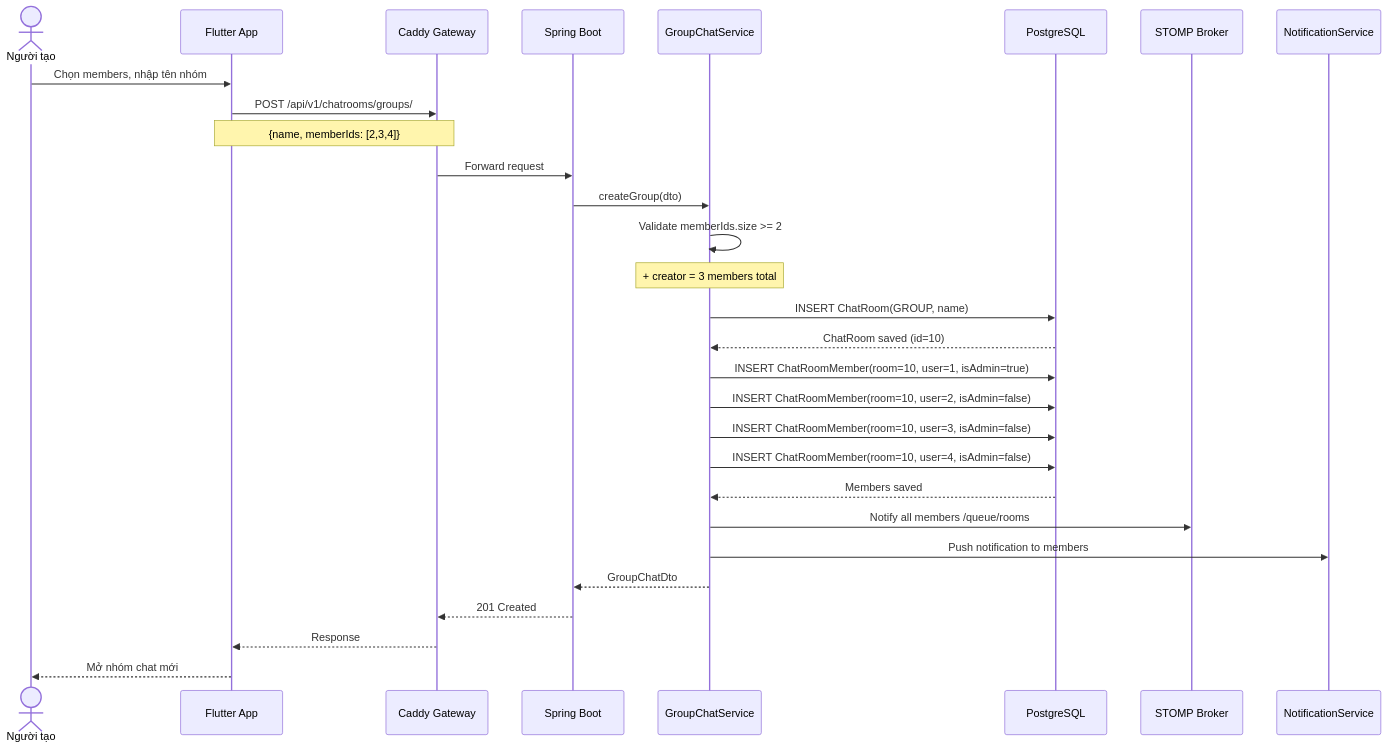
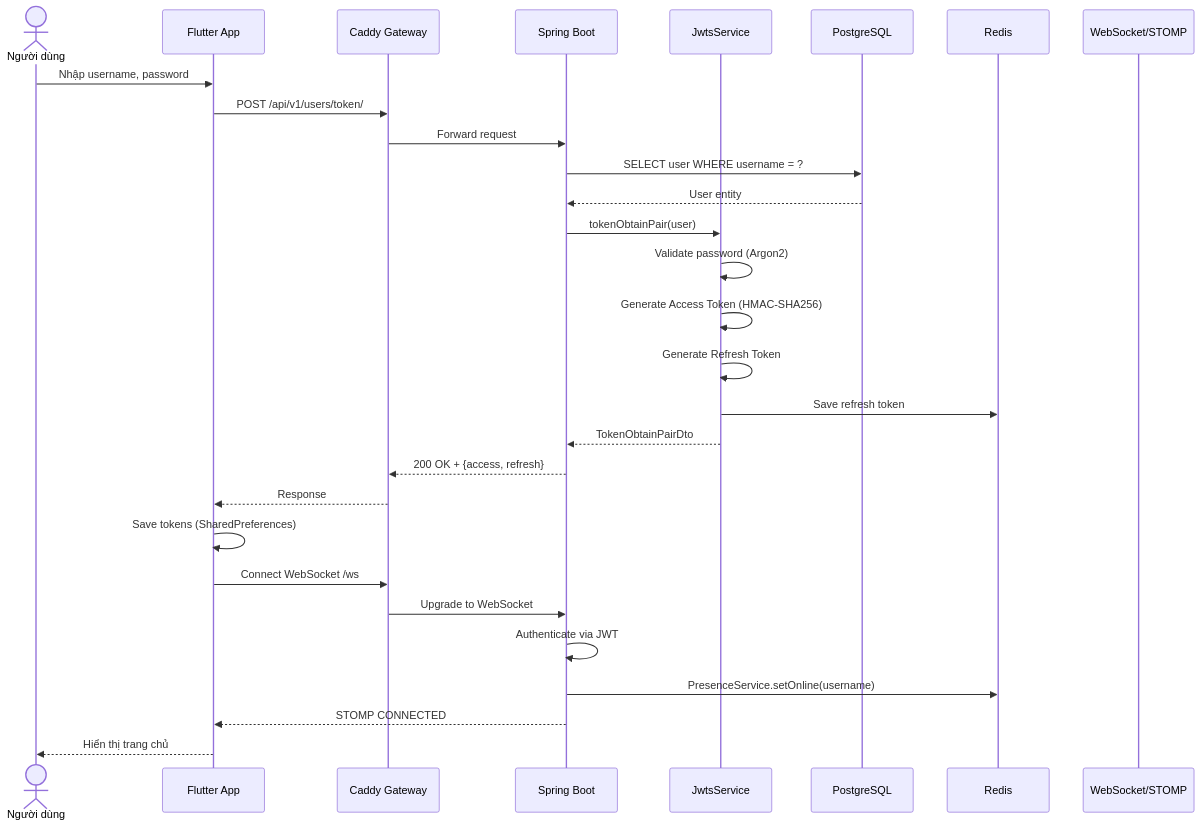
Before and after one commit to HiepNguyen284/chatapp: the fifth of 10 diagrams in bao_cao_thanh_vien_3.md, drawn with Mermaid. The commit also changed other lines of this file and 4473 other files, not shown here.

````diff
--- a/bao_cao_thanh_vien_3.md
+++ b/bao_cao_thanh_vien_3.md
@@ -629,32 +698,32 @@
 ```mermaid
 sequenceDiagram
-    actor UserA as Người tạo
+    actor User as Người dùng
     participant App as Flutter App
     participant API as Caddy Gateway
     participant SB as Spring Boot
-    participant GrpSvc as GroupChatService
+    participant JWT as JwtsService
     participant DB as PostgreSQL
-    participant STOMP as STOMP Broker
-    participant Notify as NotificationService
+    participant Redis as Redis
+    participant WS as WebSocket/STOMP
 
-    UserA->>App: Chọn members, nhập tên nhóm
-    App->>API: POST /api/v1/chatrooms/groups/
-    Note over App,API: {name, memberIds: [2,3,4]}
+    User->>App: Nhập username, password
+    App->>API: POST /api/v1/users/token/
     API->>SB: Forward request
-    SB->>GrpSvc: createGroup(dto)
-    GrpSvc->>GrpSvc: Validate memberIds.size >= 2
-    Note over GrpSvc: + creator = 3 members total
-    GrpSvc->>DB: INSERT ChatRoom(GROUP, name)
-    DB-->>GrpSvc: ChatRoom saved (id=10)
-    GrpSvc->>DB: INSERT ChatRoomMember(room=10, user=1, isAdmin=true)
-    GrpSvc->>DB: INSERT ChatRoomMember(room=10, user=2, isAdmin=false)
-    GrpSvc->>DB: INSERT ChatRoomMember(room=10, user=3, isAdmin=false)
-    GrpSvc->>DB: INSERT ChatRoomMember(room=10, user=4, isAdmin=false)
-    DB-->>GrpSvc: Members saved
-    GrpSvc->>STOMP: Notify all members /queue/rooms
-    GrpSvc->>Notify: Push notification to members
-    GrpSvc-->>SB: GroupChatDto
-    SB-->>API: 201 Created
+    SB->>DB: SELECT user WHERE username = ?
+    DB-->>SB: User entity
+    SB->>JWT: tokenObtainPair(user)
+    JWT->>JWT: Validate password (Argon2)
+    JWT->>JWT: Generate Access Token (HMAC-SHA256)
+    JWT->>JWT: Generate Refresh Token
+    JWT->>Redis: Save refresh token
+    JWT-->>SB: TokenObtainPairDto
+    SB-->>API: 200 OK + {access, refresh}
     API-->>App: Response
-    App-->>UserA: Mở nhóm chat mới
+    App->>App: Save tokens (SharedPreferences)
+    App->>API: Connect WebSocket /ws
+    API->>SB: Upgrade to WebSocket
+    SB->>SB: Authenticate via JWT
+    SB->>Redis: PresenceService.setOnline(username)
+    SB-->>App: STOMP CONNECTED
+    App-->>User: Hiển thị trang chủ
 ```
````
